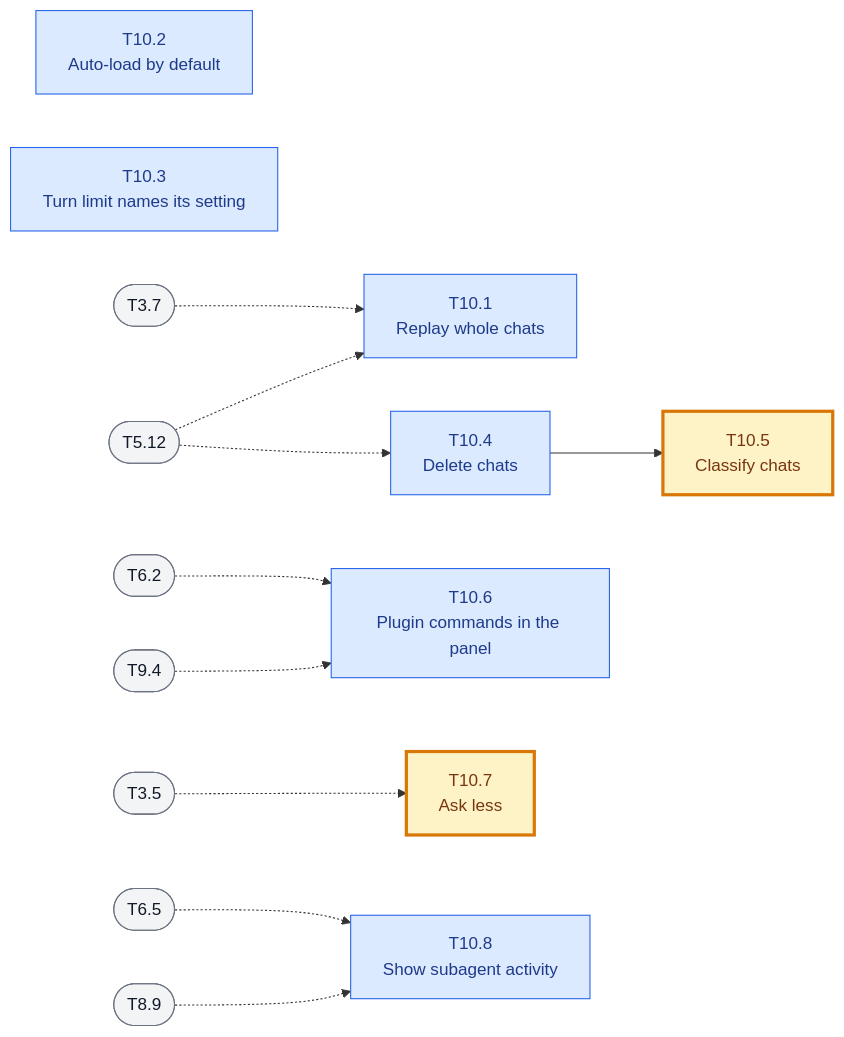
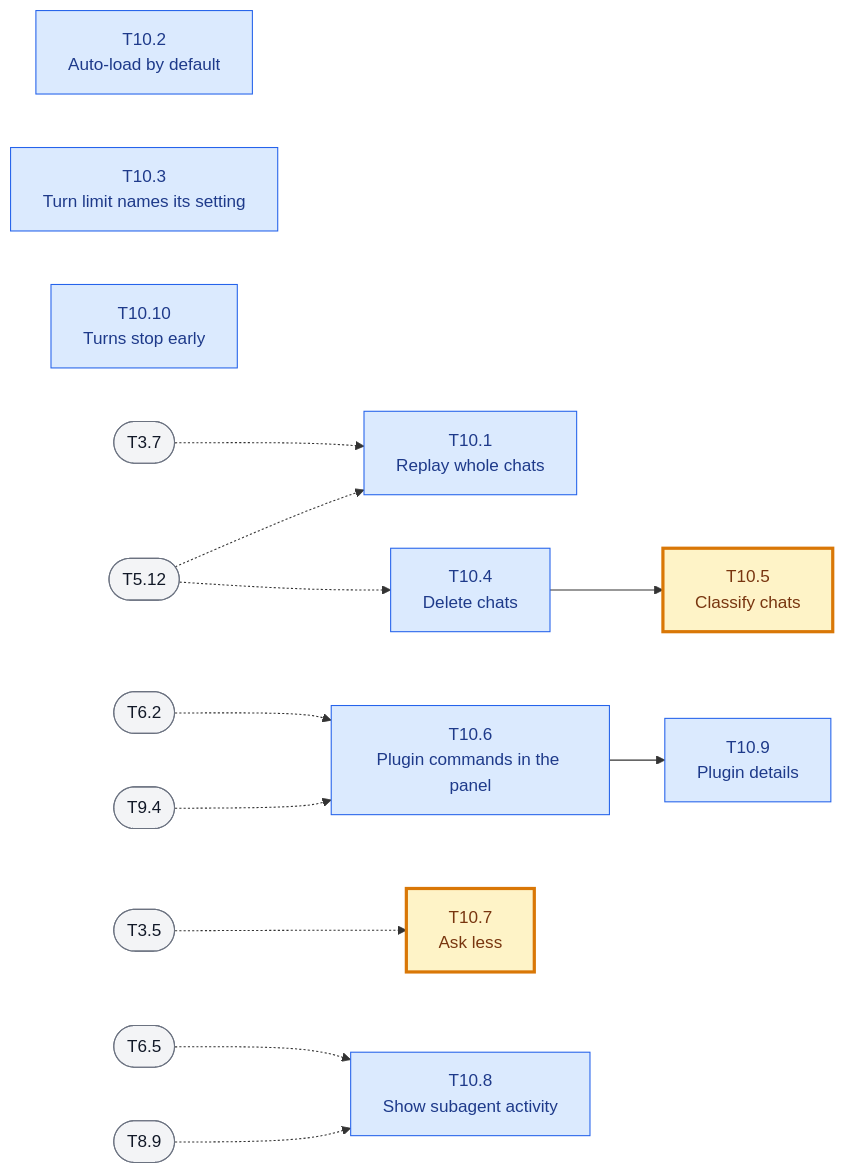
Before and after one commit to fzzinchemical/Praxis: diagram 11 of 11 in docs/TASKS.md, drawn with Mermaid. The commit also changed other lines of this file, not shown here.

````diff
--- a/docs/TASKS.md
+++ b/docs/TASKS.md
@@ -844,34 +844,37 @@
 ```mermaid
 flowchart LR
     T10_1["T10.1<br/>Replay whole chats"]
     T10_2["T10.2<br/>Auto-load by default"]
     T10_3["T10.3<br/>Turn limit names its setting"]
     T10_4["T10.4<br/>Delete chats"]
     T10_5["T10.5<br/>Classify chats"]
     T10_6["T10.6<br/>Plugin commands in the panel"]
     T10_7["T10.7<br/>Ask less"]
     T10_8["T10.8<br/>Show subagent activity"]
+    T10_9["T10.9<br/>Plugin details"]
+    T10_10["T10.10<br/>Turns stop early"]
     T3_7(["T3.7"])
     T5_12(["T5.12"])
     T6_2(["T6.2"])
     T9_4(["T9.4"])
     T3_5(["T3.5"])
     T6_5(["T6.5"])
     T8_9(["T8.9"])
     T3_7 -.-> T10_1
     T5_12 -.-> T10_1
     T5_12 -.-> T10_4
     T10_4 --> T10_5
     T6_2 -.-> T10_6
     T9_4 -.-> T10_6
     T3_5 -.-> T10_7
     T6_5 -.-> T10_8
+    T10_6 --> T10_9
     T8_9 -.-> T10_8
 
     classDef task fill:#dbeafe,stroke:#2563eb,color:#1e3a8a
     classDef human fill:#fef3c7,stroke:#d97706,color:#78350f,stroke-width:3px
     classDef other fill:#f3f4f6,stroke:#6b7280,color:#111827
-    class T10_1,T10_2,T10_3,T10_4,T10_6,T10_8 task
+    class T10_1,T10_2,T10_3,T10_4,T10_6,T10_8,T10_9,T10_10 task
     class T10_5,T10_7 human
     class T3_7,T5_12,T6_2,T9_4,T3_5,T6_5,T8_9 other
 ```
````
